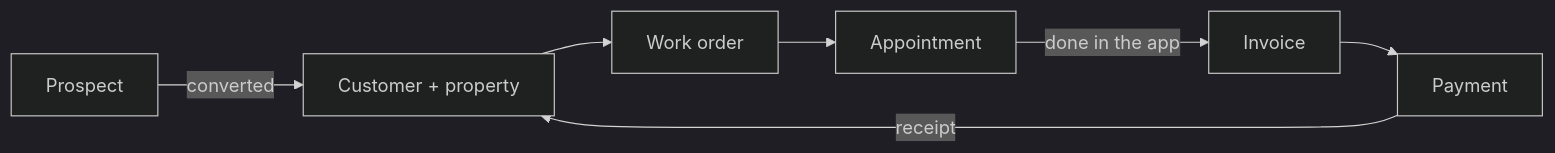
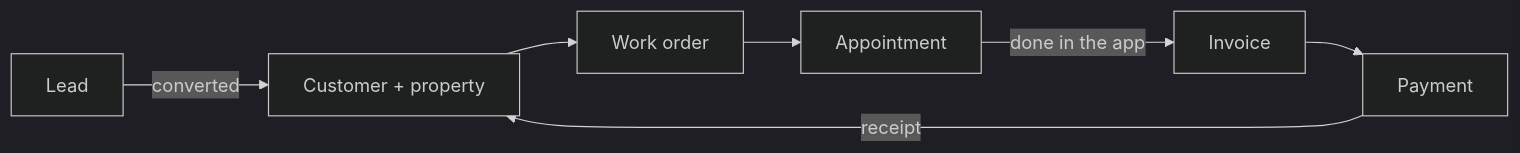
The diagram in handbook/the-business/how-comfort-hub-runs.mdx (comforthub/comforthub-docs), drawn with Mermaid (dark theme) before and after one commit. The commit also changed other lines of this file and 12 other files, not shown here.

````diff
--- a/handbook/the-business/how-comfort-hub-runs.mdx
+++ b/handbook/the-business/how-comfort-hub-runs.mdx
@@ -17,9 +17,9 @@
 ```mermaid
 flowchart LR
-  P[Prospect] -->|converted| C[Customer + property]
+  P[Lead] -->|converted| C[Customer + property]
   C --> W[Work order]
   W --> A[Appointment]
   A -->|done in the app| I[Invoice]
   I --> M[Payment]
   M -->|receipt| C
 ```
````
